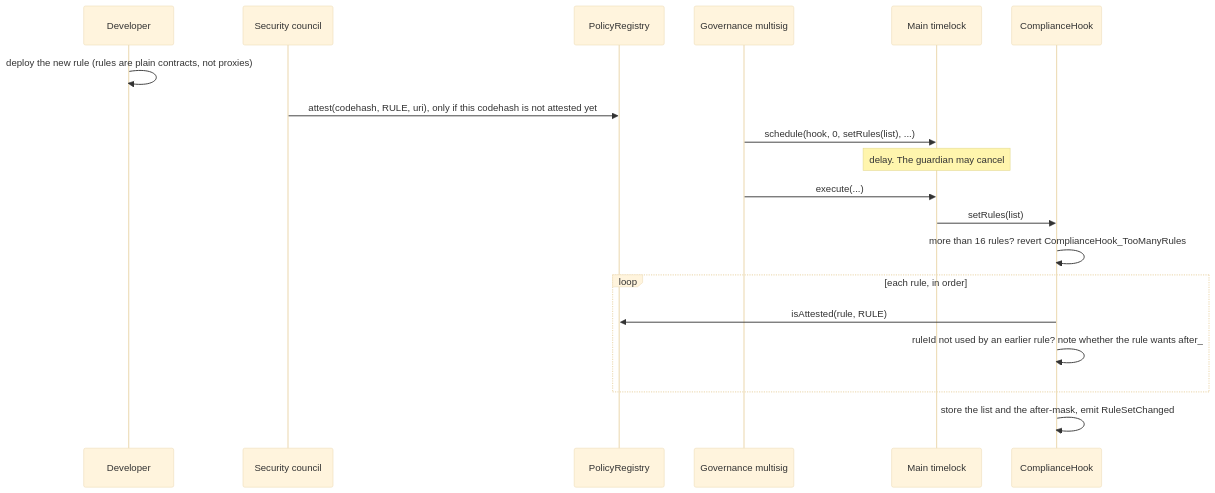
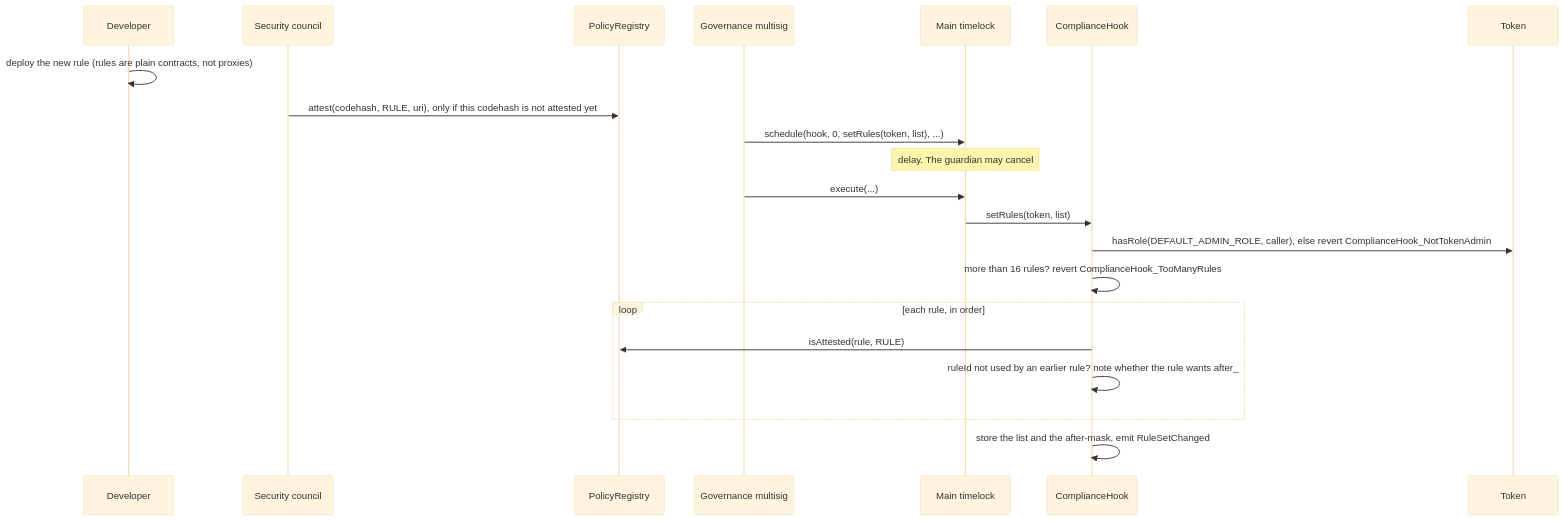
The third of 6 diagrams in docs/governance-and-deployment.md (fepvenancio/rwa-token), drawn with Mermaid (base theme) before and after one commit. The commit also changed other lines of this file and 116 other files, not shown here.

````diff
--- a/docs/governance-and-deployment.md
+++ b/docs/governance-and-deployment.md
@@ -119,21 +130,23 @@
 ```mermaid
 sequenceDiagram
   participant Dev as Developer
   participant Co as Security council
   participant Reg as PolicyRegistry
   participant Gov as Governance multisig
   participant TL as Main timelock
   participant H as ComplianceHook
+  participant T as Token
   Dev->>Dev: deploy the new rule (rules are plain contracts, not proxies)
   Co->>Reg: attest(codehash, RULE, uri), only if this codehash is not attested yet
-  Gov->>TL: schedule(hook, 0, setRules(list), ...)
+  Gov->>TL: schedule(hook, 0, setRules(token, list), ...)
   Note over TL: delay. The guardian may cancel
   Gov->>TL: execute(...)
-  TL->>H: setRules(list)
+  TL->>H: setRules(token, list)
+  H->>T: hasRole(DEFAULT_ADMIN_ROLE, caller), else revert ComplianceHook_NotTokenAdmin
   H->>H: more than 16 rules? revert ComplianceHook_TooManyRules
   loop each rule, in order
     H->>Reg: isAttested(rule, RULE)
     H->>H: ruleId not used by an earlier rule? note whether the rule wants after_
   end
   H->>H: store the list and the after-mask, emit RuleSetChanged
 ```
````
